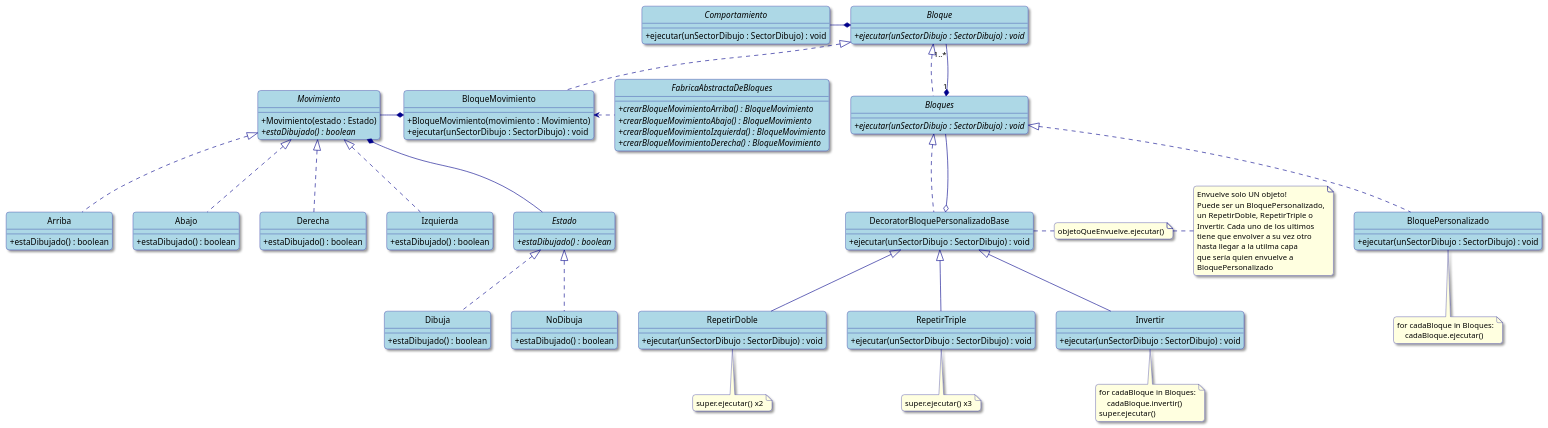
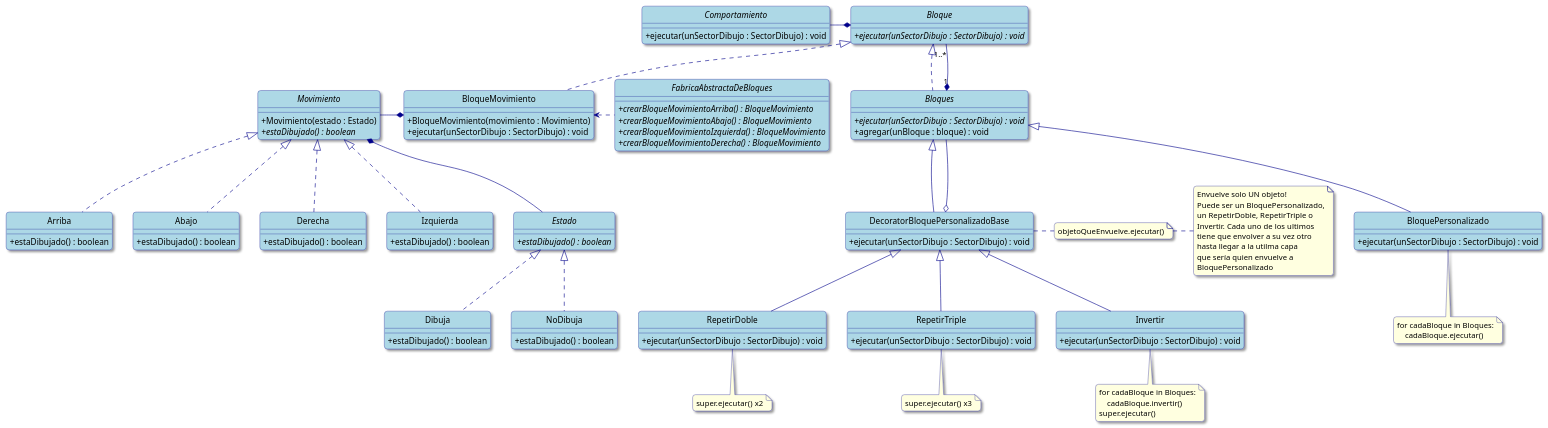
The second of 2 diagrams in diagramas-uml.puml (valva-ro/Algo3-TP2-AlgoBlocks), drawn with PlantUML before and after one commit. The commit also changed 5 other files, not shown here.

First line of the commit message:
feat: Agregue tests de BloquePersonalizado

```diff
--- a/diagramas-uml.puml
+++ b/diagramas-uml.puml
@@ -95,126 +95,127 @@
 @startuml
 hide circle
 skinparam classAttributeIconSize 0
 skinparam backgroundColor White
 skinparam RoundCorner 10
 skinparam Shadowing true
 skinparam class {
     ArrowColor DarkBlue
     BackgroundColor LightBlue
     BorderColor DarkBlue
 }
 skinparam note {
     BackgroundColor LightYellow
     BorderColor DarkBlue
 }
 
 interface Bloque {
     + {abstract} ejecutar(unSectorDibujo : SectorDibujo) : void
 }
 class BloqueMovimiento {
     + BloqueMovimiento(movimiento : Movimiento)
     + ejecutar(unSectorDibujo : SectorDibujo) : void
 }
 interface Comportamiento {
     + ejecutar(unSectorDibujo : SectorDibujo) : void
 }
 interface Bloques {
-    +  {abstract} ejecutar(unSectorDibujo : SectorDibujo) : void
+    + {abstract} ejecutar(unSectorDibujo : SectorDibujo) : void
+    + agregar(unBloque : bloque) : void
 }
 class BloquePersonalizado {
     + ejecutar(unSectorDibujo : SectorDibujo) : void
 }
 note bottom of BloquePersonalizado
 for cadaBloque in Bloques:
     cadaBloque.ejecutar()
 end note
 class RepetirDoble {
     + ejecutar(unSectorDibujo : SectorDibujo) : void
 }
 note bottom of RepetirDoble
 super.ejecutar() x2
 end note
 class RepetirTriple {
     + ejecutar(unSectorDibujo : SectorDibujo) : void
 }
 note bottom of RepetirTriple
 super.ejecutar() x3
 end note
 class Invertir {
     + ejecutar(unSectorDibujo : SectorDibujo) : void
 }
 note bottom of Invertir
 for cadaBloque in Bloques:
     cadaBloque.invertir()
 super.ejecutar()
 end note
 abstract class Movimiento {
     + Movimiento(estado : Estado)
     + {abstract} estaDibujado() : boolean
 }
 class Arriba {
     + estaDibujado() : boolean
 }
 class Abajo {
     + estaDibujado() : boolean
 }
 class Derecha {
     + estaDibujado() : boolean
 }
 class Izquierda {
     + estaDibujado() : boolean
 }
 class DecoratorBloquePersonalizadoBase {
     + ejecutar(unSectorDibujo : SectorDibujo) : void
 }
 note right
 objetoQueEnvuelve.ejecutar()
 end note
 note right
 Envuelve solo UN objeto!
 Puede ser un BloquePersonalizado,
 un RepetirDoble, RepetirTriple o
 Invertir. Cada uno de los ultimos
 tiene que envolver a su vez otro
 hasta llegar a la utilma capa
 que sería quien envuelve a
 BloquePersonalizado
 end note
 interface Estado {
     + {abstract} estaDibujado() : boolean
 }
 class Dibuja {
     + estaDibujado() : boolean
 }
 class NoDibuja {
     + estaDibujado() : boolean
 }
 
 interface FabricaAbstractaDeBloques {
     + {abstract} crearBloqueMovimientoArriba() : BloqueMovimiento
     + {abstract} crearBloqueMovimientoAbajo() : BloqueMovimiento
     + {abstract} crearBloqueMovimientoIzquierda() : BloqueMovimiento
     + {abstract} crearBloqueMovimientoDerecha() : BloqueMovimiento
 }
 FabricaAbstractaDeBloques ..left> BloqueMovimiento
 
 Movimiento *-- Estado
 Estado <|.. Dibuja
 Estado <|.. NoDibuja
 Bloque <|.. Bloques
 Bloques "1" *-- "1..*" Bloque
-Bloques <|.. BloquePersonalizado
-Bloques <|.. DecoratorBloquePersonalizadoBase
+Bloques <|-- BloquePersonalizado
+Bloques <|-- DecoratorBloquePersonalizadoBase
 DecoratorBloquePersonalizadoBase o-- Bloques
 DecoratorBloquePersonalizadoBase <|-- RepetirDoble
 DecoratorBloquePersonalizadoBase <|-- RepetirTriple
 DecoratorBloquePersonalizadoBase <|-- Invertir
 Bloque *-left Comportamiento
 Bloque <|.. BloqueMovimiento
 
 BloqueMovimiento *--left Movimiento
 Movimiento <|.. Arriba
 Movimiento <|.. Abajo
 Movimiento <|.. Derecha
 Movimiento <|.. Izquierda
 @enduml
```
